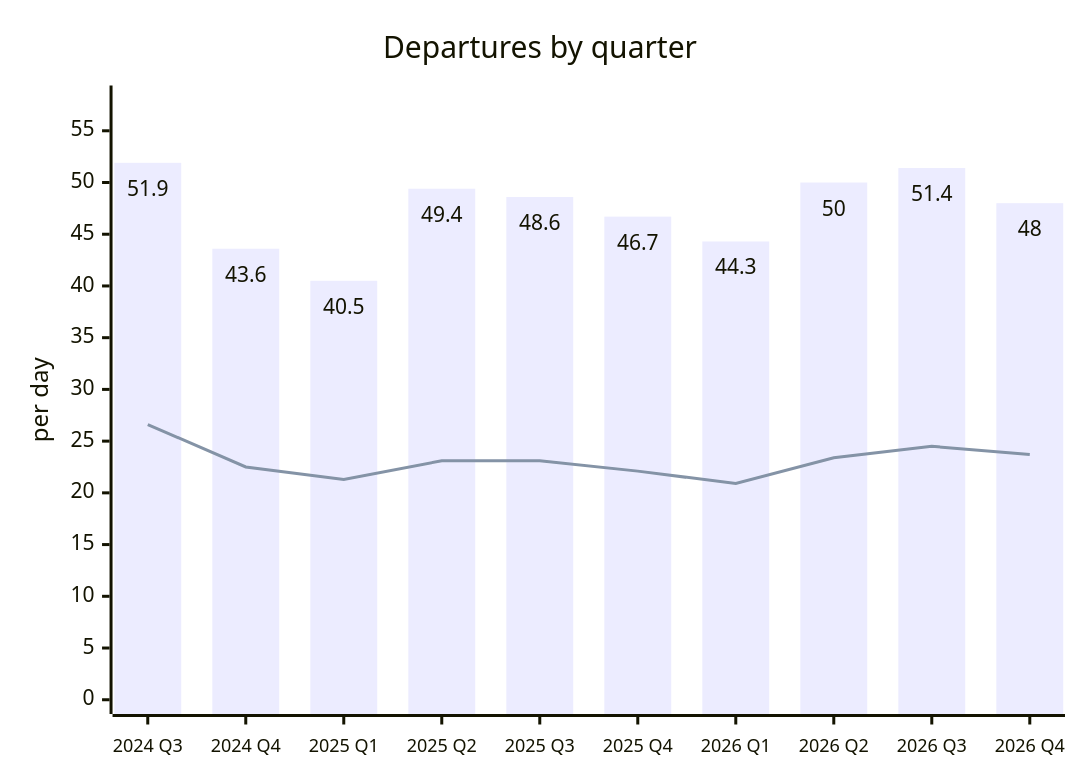
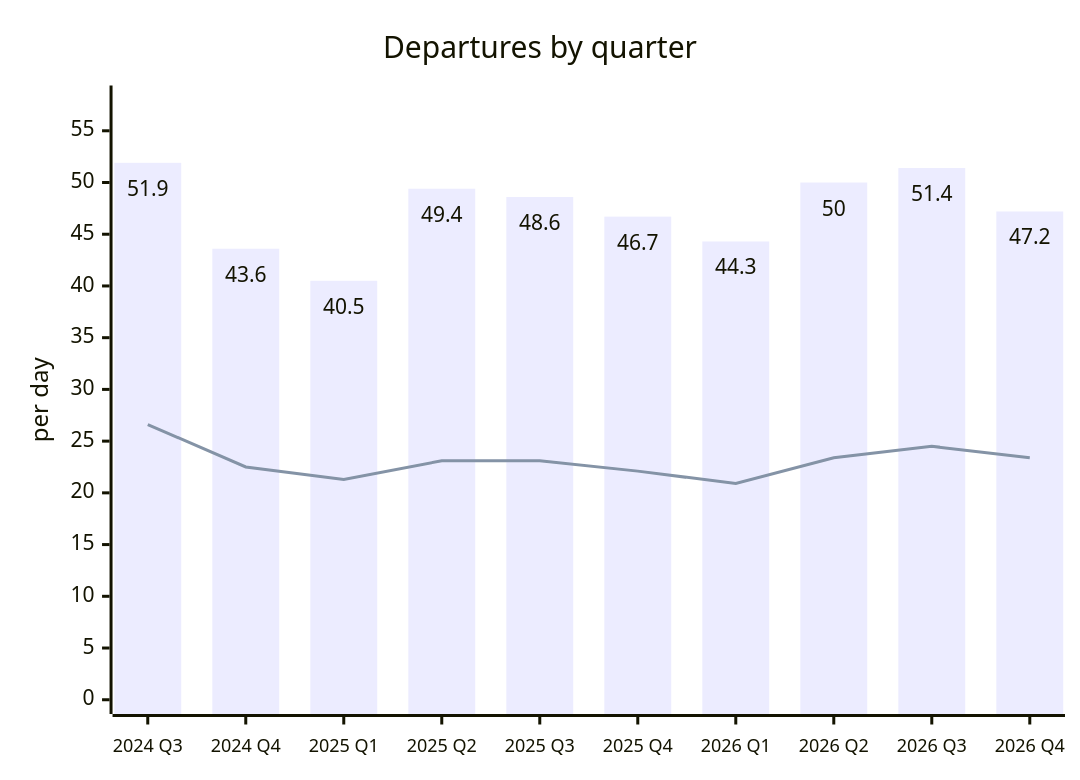
One commit to rainermesi/tll-airport-departures changed the second of 2 diagrams in README.md. Above: the diagram before and after it, drawn with Mermaid. The commit also changed other lines of this file and 3 other files, not shown here.

````diff
--- a/README.md
+++ b/README.md
@@ -54,15 +54,15 @@
 ```mermaid
 ---
 config:
   xyChart:
     showDataLabel: true
     xAxis:
       labelFontSize: 12
 ---
 xychart-beta
     title "Departures by quarter"
     x-axis ["2024 Q3", "2024 Q4", "2025 Q1", "2025 Q2", "2025 Q3", "2025 Q4", "2026 Q1", "2026 Q2", "2026 Q3", "2026 Q4"]
     y-axis "per day" 0 --> 58
-    bar [51.9, 43.6, 40.5, 49.4, 48.6, 46.7, 44.3, 50.0, 51.4, 48.0]
-    line [26.6, 22.5, 21.3, 23.1, 23.1, 22.1, 20.9, 23.4, 24.5, 23.7]
+    bar [51.9, 43.6, 40.5, 49.4, 48.6, 46.7, 44.3, 50.0, 51.4, 47.2]
+    line [26.6, 22.5, 21.3, 23.1, 23.1, 22.1, 20.9, 23.4, 24.5, 23.4]
 ```
````
